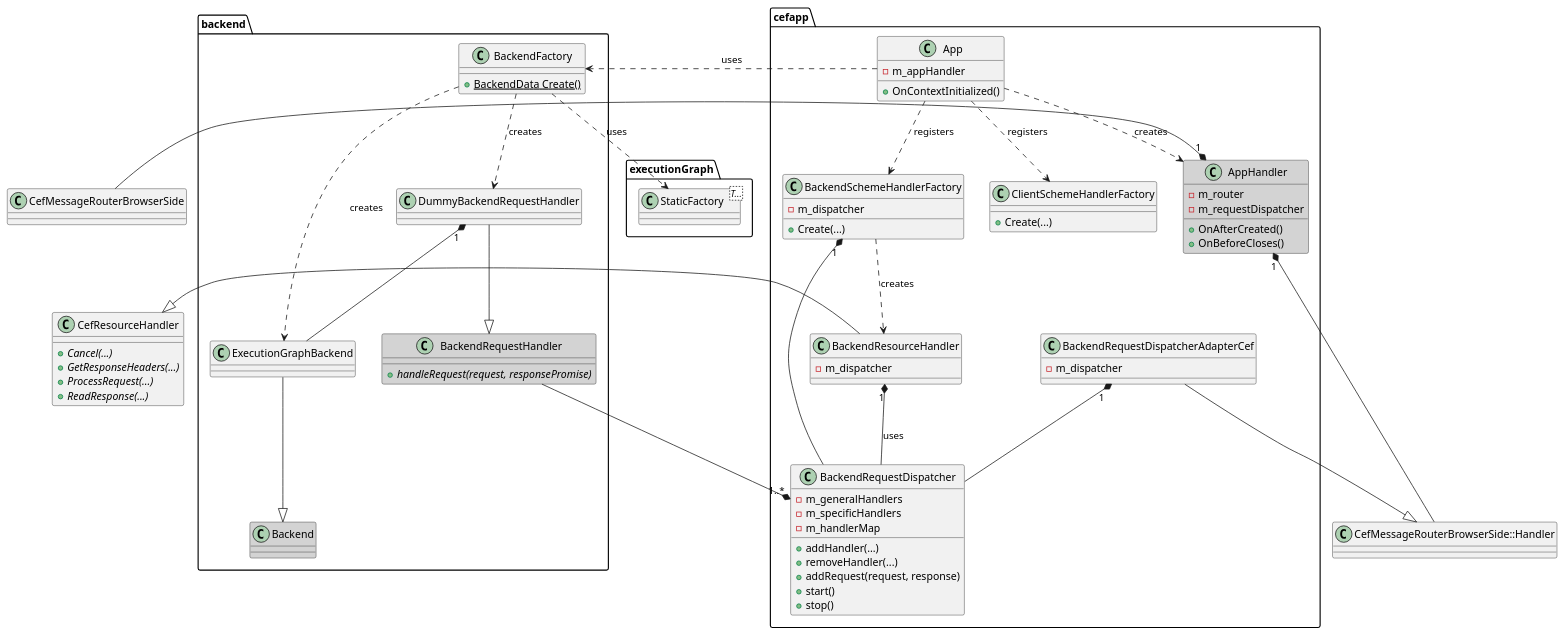
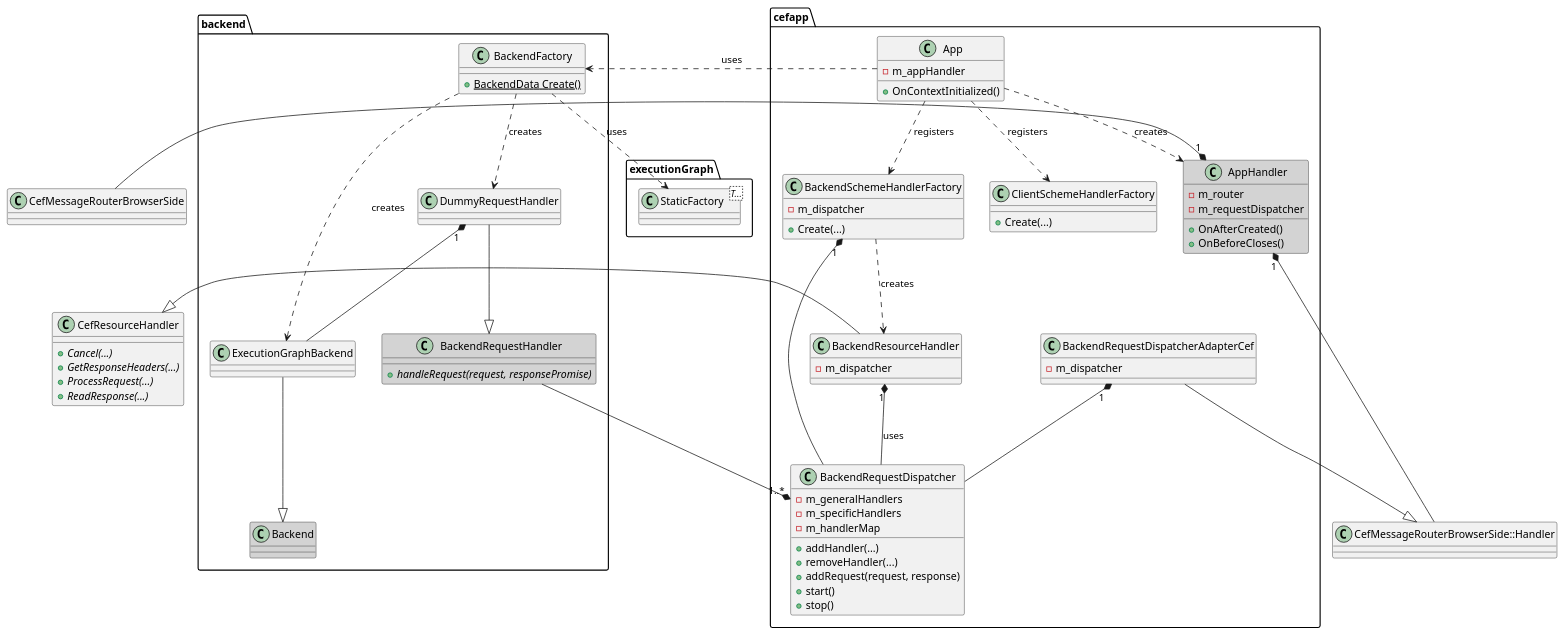
The diagram in gui/specs/client-backend.plantuml (gabyx/ExecutionGraph), drawn with PlantUML before and after one commit. The commit also changed 27 other files, not shown here.

Commit message:
wip: GraphInfoRequestHandler

```diff
--- a/gui/specs/client-backend.plantuml
+++ b/gui/specs/client-backend.plantuml
@@ -2,96 +2,96 @@
 @startuml
 set namespaceSeparator ::
 skinparam shadowing false
 
 class CefMessageRouterBrowserSide
 class Handler as "CefMessageRouterBrowserSide::Handler"
 
 class CefResourceHandler {
     + Cancel(...) {abstract} 
     + GetResponseHeaders(...) {abstract} 
     + ProcessRequest(...) {abstract} 
     + ReadResponse(...) {abstract}
 }
 
 namespace cefapp{
     class App{
         + OnContextInitialized()
         - m_appHandler
     }
     class AppHandler #D3D3D3{
         + OnAfterCreated()
         + OnBeforeCloses()
         - m_router
         - m_requestDispatcher
     }
 
     class BackendRequestDispatcher {
         + addHandler(...)
         + removeHandler(...)
         + addRequest(request, response)
         + start()
         + stop()
         - m_generalHandlers
         - m_specificHandlers
         - m_handlerMap
     }
     class BackendRequestDispatcherAdapterCef {
         - m_dispatcher
     }
 
     class ClientSchemeHandlerFactory {
         + Create(...)
     }
     class BackendSchemeHandlerFactory {
         + Create(...)
         - m_dispatcher
     }
     class BackendResourceHandler {
         - m_dispatcher
     }
 }
 
 cefapp::App ..> cefapp::AppHandler : creates
 cefapp::App ..> cefapp::ClientSchemeHandlerFactory : registers
 cefapp::App ..> cefapp::BackendSchemeHandlerFactory : registers
 cefapp::App .right.> backend::BackendFactory : uses
 
 cefapp::BackendSchemeHandlerFactory ..> cefapp::BackendResourceHandler : creates
 cefapp::BackendResourceHandler "1" *-- cefapp::BackendRequestDispatcher : uses
 
 cefapp::BackendRequestDispatcherAdapterCef "1" *-- cefapp::BackendRequestDispatcher
 cefapp::BackendRequestDispatcherAdapterCef -down-|> Handler
 cefapp::BackendSchemeHandlerFactory "1" *-- cefapp::BackendRequestDispatcher
 cefapp::BackendRequestDispatcher "1..*" *-up- backend::BackendRequestHandler
 
 cefapp::AppHandler "1" *-left- Handler
 cefapp::AppHandler "1" *-left- CefMessageRouterBrowserSide
 cefapp::BackendResourceHandler -left-|> CefResourceHandler
 
 namespace backend {
     class Backend #D3D3D3
     class BackendRequestHandler #D3D3D3 {
         + handleRequest(request, responsePromise) {abstract} 
     }
 
     class BackendFactory {
         + BackendData Create() {static}
     }
 
-    class DummyBackendRequestHandler
+    class DummyRequestHandler
 }
 
 namespace executionGraph {
     class StaticFactory<T...>
 }
 
 backend::ExecutionGraphBackend --|> backend::Backend
-backend::DummyBackendRequestHandler --|> backend::BackendRequestHandler
+backend::DummyRequestHandler --|> backend::BackendRequestHandler
 
 backend::BackendFactory ..> backend::ExecutionGraphBackend : creates
-backend::BackendFactory ..> backend::DummyBackendRequestHandler : creates
+backend::BackendFactory ..> backend::DummyRequestHandler : creates
 
-backend::DummyBackendRequestHandler "1" *-- backend::ExecutionGraphBackend
+backend::DummyRequestHandler "1" *-- backend::ExecutionGraphBackend
 
 backend::BackendFactory ..> executionGraph::StaticFactory : uses
 @enduml
```
